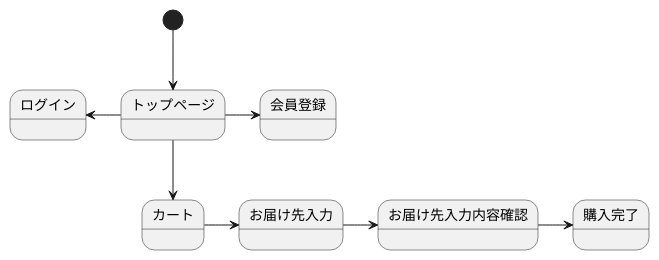
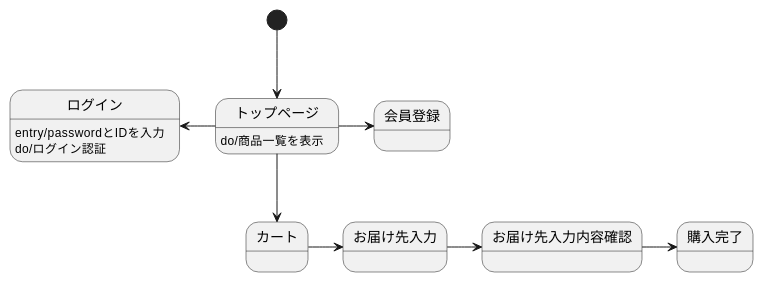
Before and after one commit to Aso2001388/2021sys-design: the diagram in stm01.md, drawn with PlantUML.

````diff
--- a/stm01.md
+++ b/stm01.md
@@ -1,11 +1,15 @@
 ```uml
 @startuml
 [*] --> トップページ
 トップページ -> 会員登録
 トップページ -left-> ログイン
 トップページ --> カート
 カート -> お届け先入力
 お届け先入力 -> お届け先入力内容確認
 お届け先入力内容確認 -> 購入完了
+
+トップページ:do/商品一覧を表示
+ログイン : entry/passwordとIDを入力
+ログイン : do/ログイン認証
 @enduml
 ```
````
